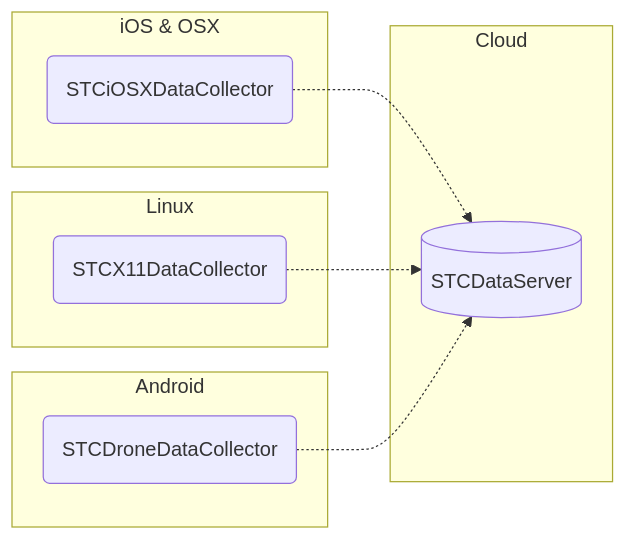
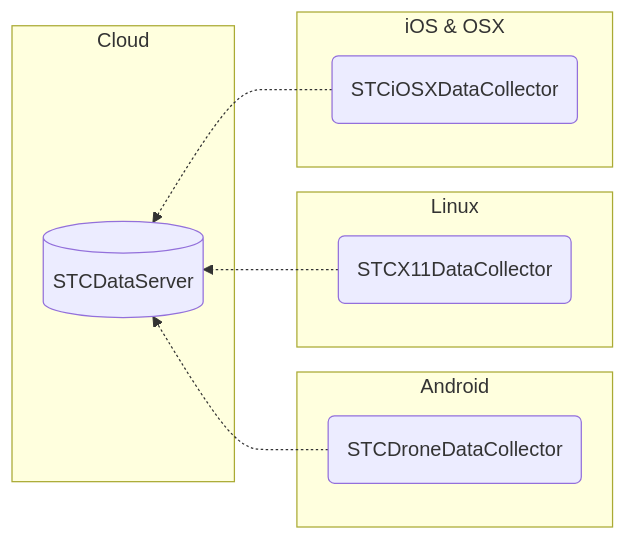
The diagram in profile/README.md (STCData/.github), drawn with Mermaid before and after one commit.

````diff
--- a/profile/README.md
+++ b/profile/README.md
@@ -2,21 +2,21 @@
 ```mermaid
-flowchart LR
+flowchart RL
   subgraph iOS & OSX
     c1(STCiOSXDataCollector)
     click c1 href "https://github.com/STCData/STCiOSXDataCollector"
   end
   
   subgraph Linux
     c2(STCX11DataCollector)
     click c2 href "https://github.com/STCData/STCX11DataCollector"
   end
   subgraph Android 
     c3(STCDroneDataCollector)
     click c3 href "https://github.com/STCData/STCDroneDataCollector"
   end
   subgraph Cloud
     s[(STCDataServer)]
     click s href "https://github.com/STCData/STCDataServer"
   end
     c1 & c2 & c3 -.-> s
 ```
````
